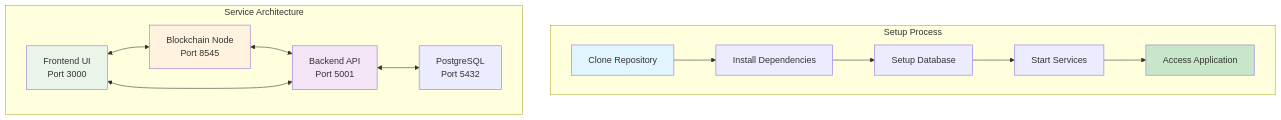
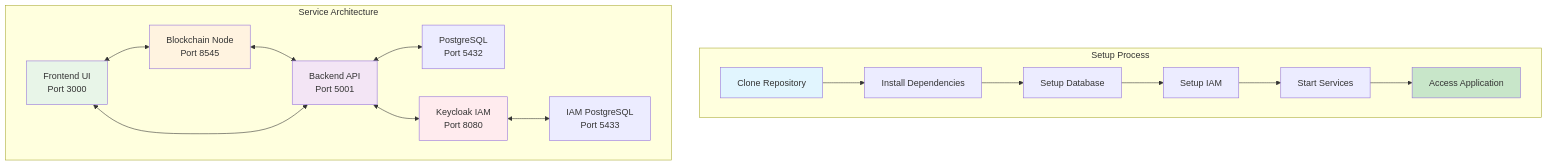
Before and after one commit to gitmujoshi/Confidential-AI-Network: the first of 3 diagrams in SETUP_GUIDE.md, drawn with Mermaid. The commit also changed other lines of this file and 6 other files, not shown here.

First line of the commit message:
docs: update all documentation with Keycloak IAM integration features

````diff
--- a/SETUP_GUIDE.md
+++ b/SETUP_GUIDE.md
@@ -98,28 +126,34 @@
 ```mermaid
 graph TB
     subgraph "Setup Process"
         A[Clone Repository]
         B[Install Dependencies]
         C[Setup Database]
-        D[Start Services]
-        E[Access Application]
-        A --> B --> C --> D --> E
+        D[Setup IAM]
+        E[Start Services]
+        F[Access Application]
+        A --> B --> C --> D --> E --> F
     end
     
     subgraph "Service Architecture"
-        F[Blockchain Node<br/>Port 8545]
-        G[Backend API<br/>Port 5001]
-        H[Frontend UI<br/>Port 3000]
-        I[PostgreSQL<br/>Port 5432]
-        F <--> G
-        G <--> I
-        H <--> G
-        H <--> F
+        G[Blockchain Node<br/>Port 8545]
+        H[Backend API<br/>Port 5001]
+        I[Frontend UI<br/>Port 3000]
+        J[PostgreSQL<br/>Port 5432]
+        K[Keycloak IAM<br/>Port 8080]
+        L[IAM PostgreSQL<br/>Port 5433]
+        G <--> H
+        H <--> J
+        H <--> K
+        I <--> H
+        I <--> G
+        K <--> L
     end
     
     style A fill:#e1f5fe
-    style E fill:#c8e6c9
-    style F fill:#fff3e0
-    style G fill:#f3e5f5
-    style H fill:#e8f5e8
+    style F fill:#c8e6c9
+    style G fill:#fff3e0
+    style H fill:#f3e5f5
+    style I fill:#e8f5e8
+    style K fill:#ffebee
 ```
````
